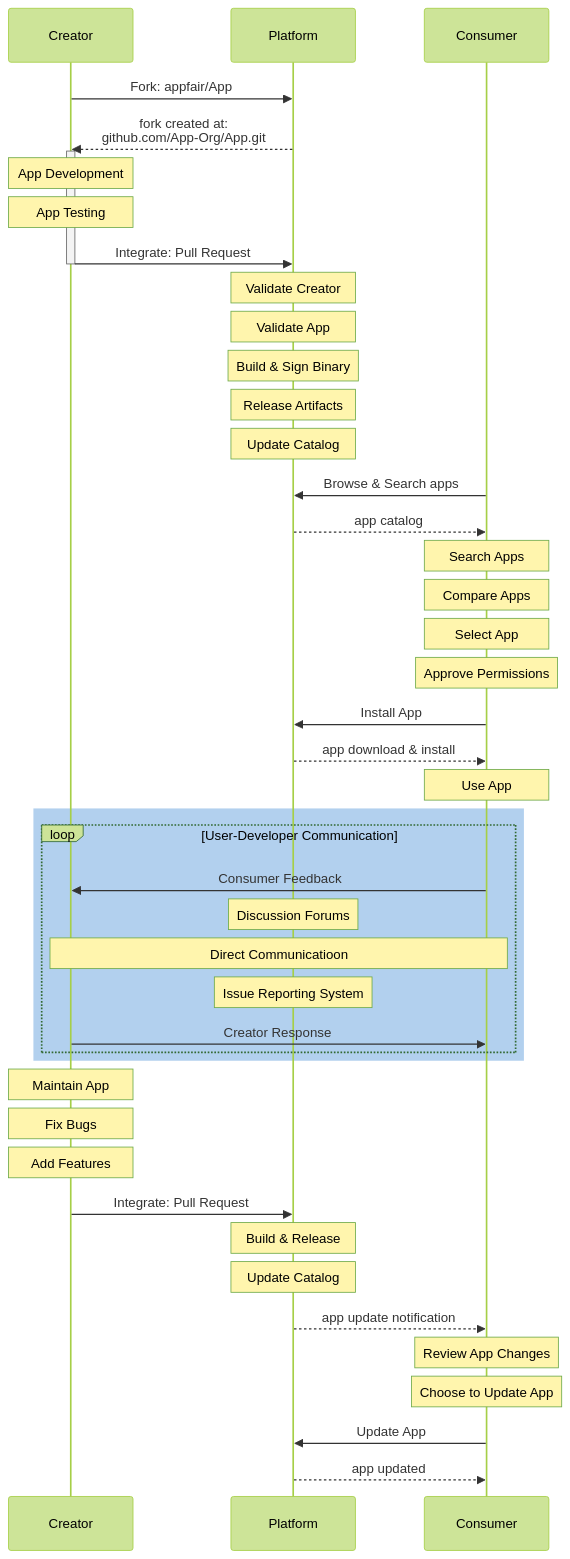
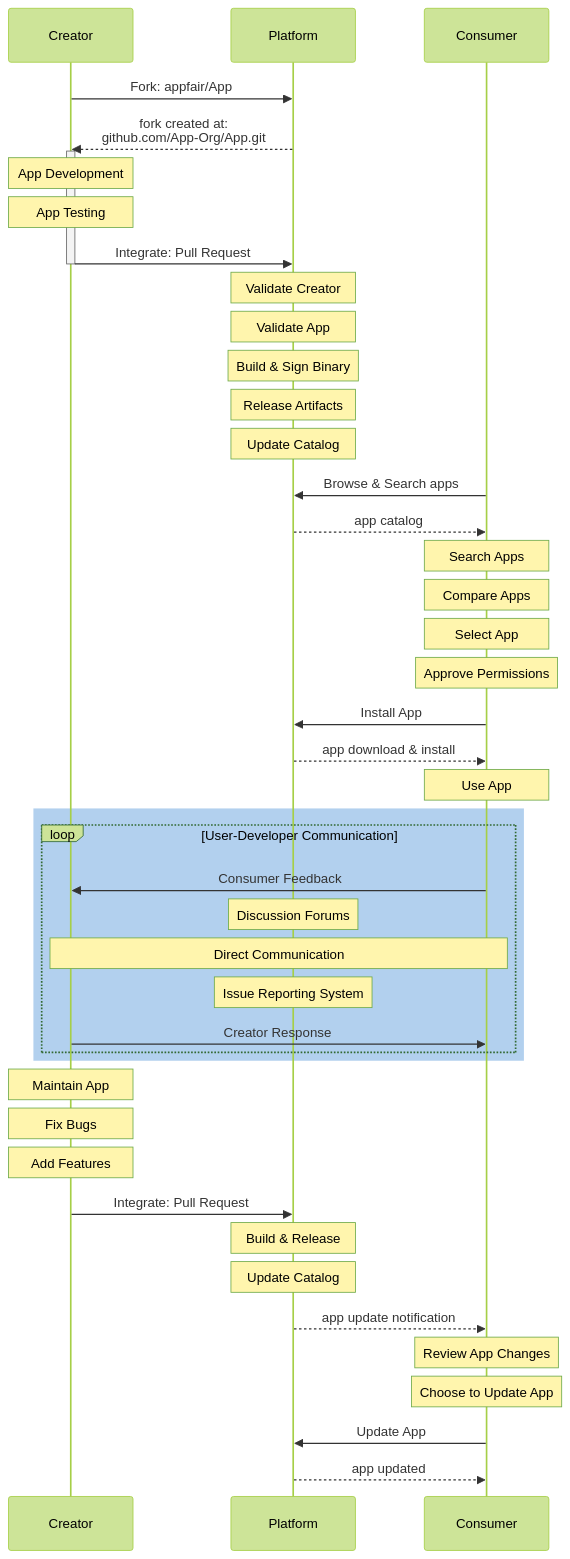
Before and after one commit to emilypx/appfair.github.io: the diagram in assets/fairground.mmd, drawn with Mermaid. The commit also changed 1 other file, not shown here.

```diff
--- a/assets/fairground.mmd
+++ b/assets/fairground.mmd
@@ -1,46 +1,46 @@
 %%{init: { 'logLevel': 'debug', 'theme': 'forest' } }%%
 sequenceDiagram
     %% see: https://mermaid-js.github.io/mermaid/#/sequenceDiagram
     Creator->>Platform: Fork: appfair/App
     Platform-->>Creator: fork created at:<br />github.com/App-Org/App.git
     activate Creator
     Note over Creator: App Development
     Note over Creator: App Testing
     Creator->>Platform: Integrate: Pull Request
     deactivate Creator
     Note over Platform: Validate Creator
     Note over Platform: Validate App
     Note over Platform: Build & Sign Binary
     Note over Platform: Release Artifacts
     Note over Platform: Update Catalog
     Consumer->>Platform: Browse & Search apps
     Platform-->>Consumer: app catalog
     Note over Consumer: Search Apps
     Note over Consumer: Compare Apps
     Note over Consumer: Select App
     Note over Consumer: Approve Permissions
     Consumer->>Platform: Install App
     Platform-->>Consumer: app download & install
     Note over Consumer: Use App
 
     rect rgb(0, 100, 200, 0.3)
         loop User-Developer Communication
             Consumer->>Creator: Consumer Feedback
                 Note over Platform: Discussion Forums
-                Note over Creator,Consumer: Direct Communicatioon
+                Note over Creator,Consumer: Direct Communication
                 Note over Platform: Issue Reporting System
             Creator->>Consumer: Creator Response
         end
     end
 
     Note over Creator: Maintain App
     Note over Creator: Fix Bugs
     Note over Creator: Add Features
     Creator->>Platform: Integrate: Pull Request
     Note over Platform: Build & Release
     Note over Platform: Update Catalog
     Platform-->>Consumer: app update notification
     Note over Consumer: Review App Changes
     Note over Consumer: Choose to Update App
     Consumer->>Platform: Update App
     Platform-->>Consumer: app updated
```
